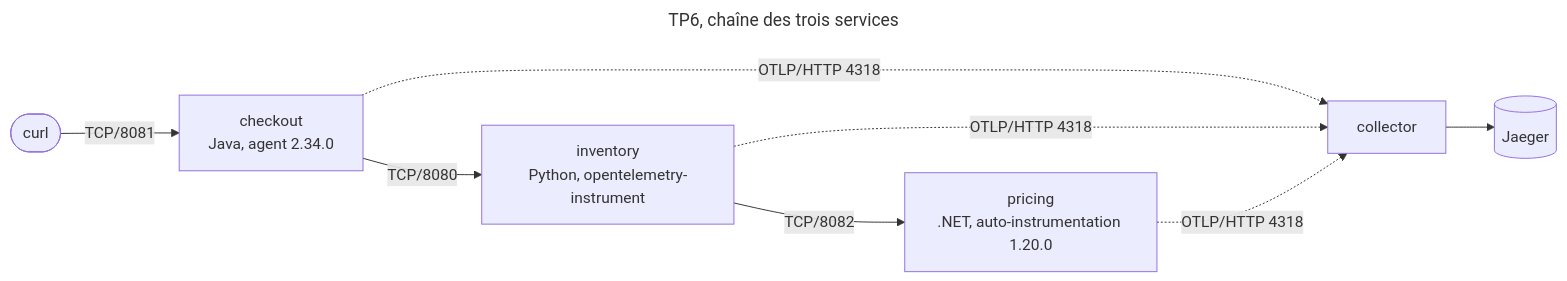
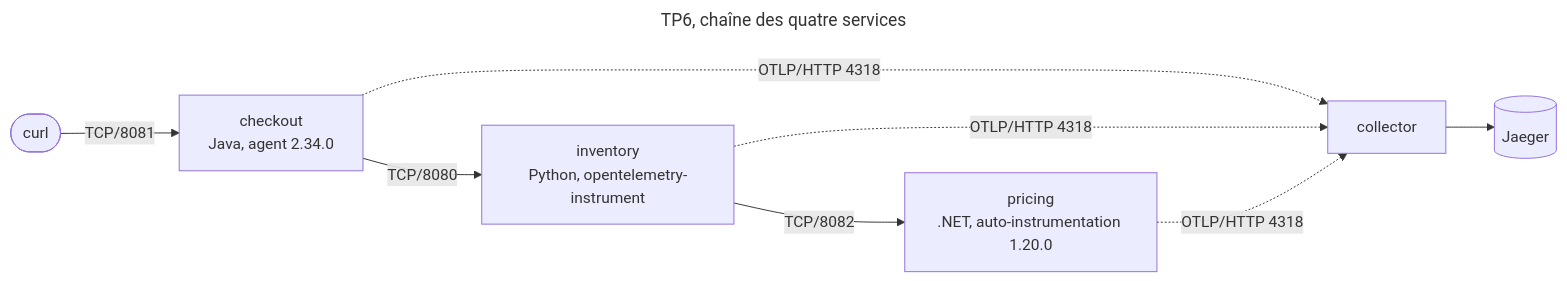
Before and after one commit to pragmatic-fermat/opentelemetry-labs: the diagram in Lab_TP06_Java_Python_DotNet.md, drawn with Mermaid. The commit also changed other lines of this file and 3 other files, not shown here.

````diff
--- a/Lab_TP06_Java_Python_DotNet.md
+++ b/Lab_TP06_Java_Python_DotNet.md
@@ -50,13 +57,13 @@
 ```mermaid
 ---
-title: TP6, chaîne des trois services
+title: TP6, chaîne des quatre services
 ---
 flowchart LR
   C([curl]) -->|TCP/8081| J["checkout<br/>Java, agent 2.34.0"]
   J -->|TCP/8080| P["inventory<br/>Python, opentelemetry-instrument"]
   P -->|TCP/8082| D["pricing<br/>.NET, auto-instrumentation 1.20.0"]
   J -.->|OTLP/HTTP 4318| COL[collector]
   P -.->|OTLP/HTTP 4318| COL
   D -.->|OTLP/HTTP 4318| COL
   COL --> JAE[(Jaeger)]
 ```
````
